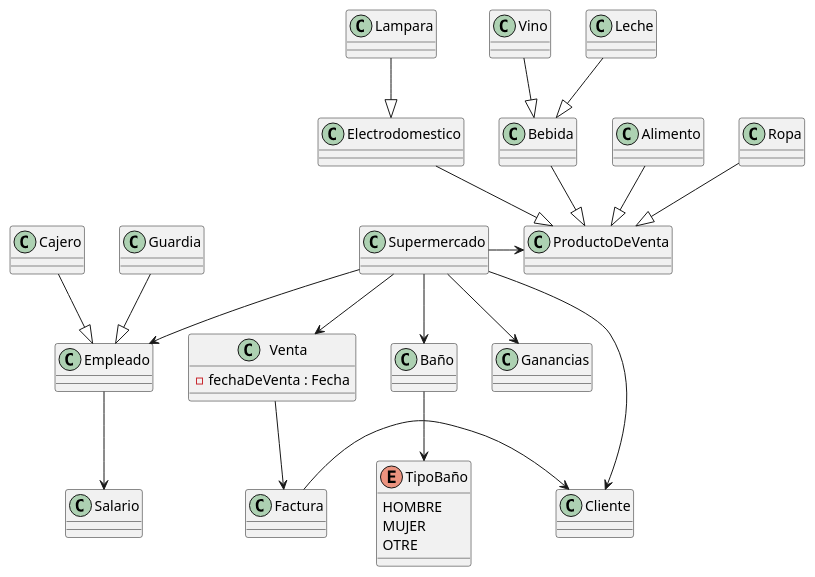
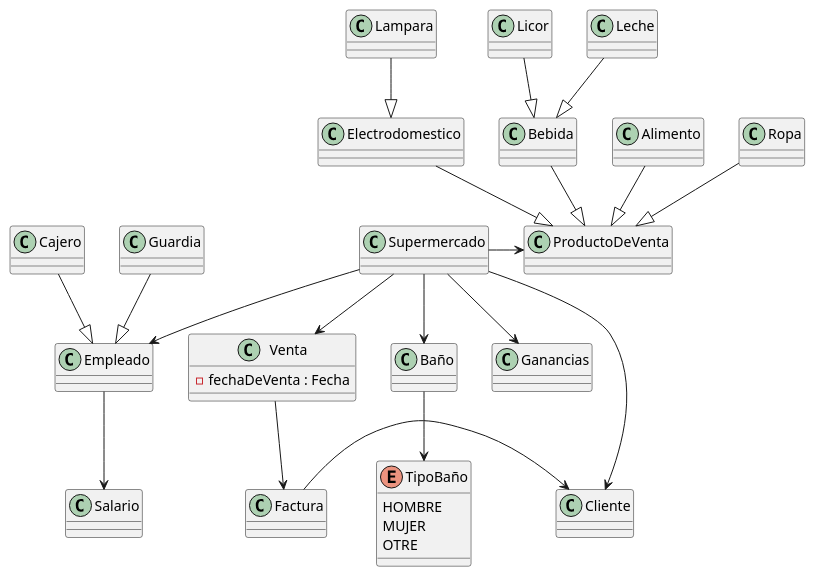
The diagram in Segundo Semestre/Practicas Personales/Practica_Herencia/src/Diagramas.puml (FernandoHuilca/EPN-FernandoHuilca), drawn with PlantUML before and after one commit. The commit also changed 7 other files, not shown here.

```diff
--- a/Segundo Semestre/Practicas Personales/Practica_Herencia/src/Diagramas.puml
+++ b/Segundo Semestre/Practicas Personales/Practica_Herencia/src/Diagramas.puml
@@ -1,44 +1,44 @@
 @startuml
 'https://plantuml.com/class-diagram
 
 class Supermercado {
 }
 
 Lampara --|> Electrodomestico
 Electrodomestico --|> ProductoDeVenta
 Bebida --|> ProductoDeVenta
 Alimento --|> ProductoDeVenta
 Ropa --|> ProductoDeVenta
-Vino --|> Bebida
+Licor --|> Bebida
 Leche --|> Bebida
 
 
 Supermercado -> ProductoDeVenta
 Supermercado --> Empleado
 Supermercado --> Venta
 Cajero --|> Empleado
 Guardia --|> Empleado
 Supermercado --> Cliente
 Supermercado --> Baño
 Baño --> TipoBaño
 Supermercado --> Ganancias
 Venta --> Factura
 Factura -> Cliente
 
 Empleado --> Salario
 
 class Ganancias {
 
 }
 
 enum TipoBaño {
     HOMBRE
     MUJER
     OTRE
 }
 
 class Venta {
  - fechaDeVenta : Fecha
 }
 
 @enduml
```
